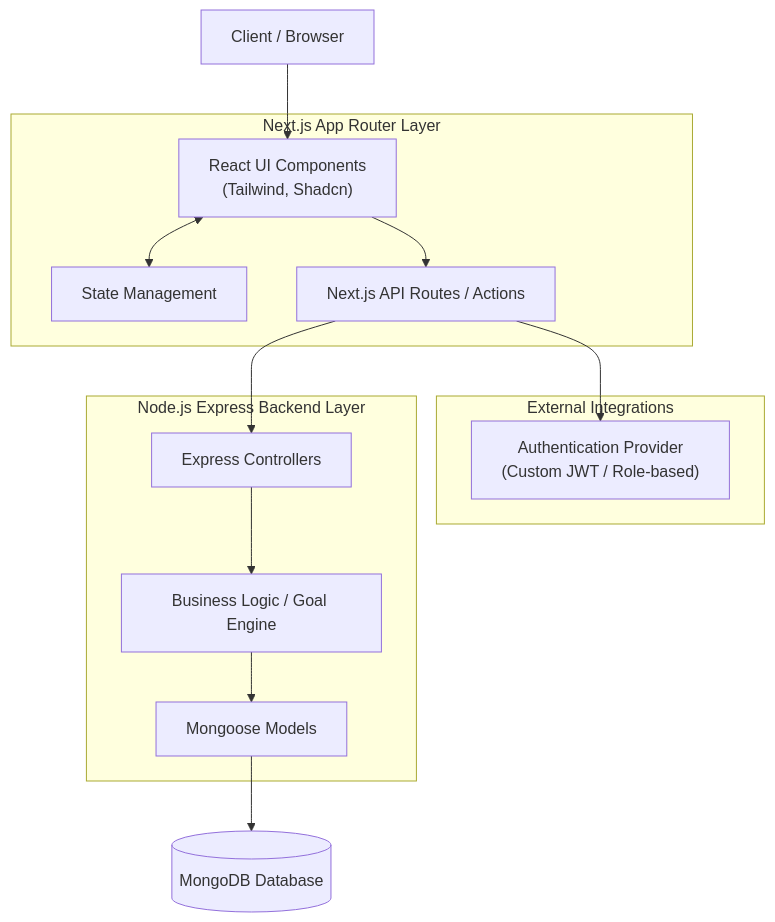
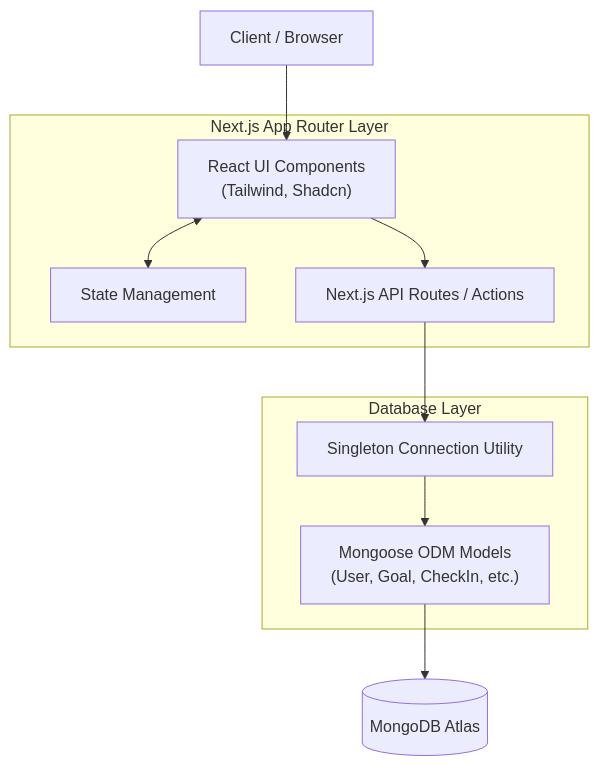
Before and after one commit to ishanrt119/atomquest: the diagram in README.md, drawn with Mermaid. The commit also changed other lines of this file and 15 other files, not shown here.

````diff
--- a/README.md
+++ b/README.md
@@ -25,31 +25,24 @@
 ```mermaid
 graph TD
     Client["Client / Browser"]
     
     subgraph Frontend [Next.js App Router Layer]
         UI["React UI Components\n(Tailwind, Shadcn)"]
         State["State Management"]
         APIRoutes["Next.js API Routes / Actions"]
     end
     
-    subgraph ExternalServices [External Integrations]
-        Auth["Authentication Provider\n(Custom JWT / Role-based)"]
-    end
-
-    subgraph Backend [Node.js Express Backend Layer]
-        Controller["Express Controllers"]
-        Services["Business Logic / Goal Engine"]
-        Models["Mongoose Models"]
+    subgraph DataAccess [Database Layer]
+        Mongoose["Mongoose ODM Models\n(User, Goal, CheckIn, etc.)"]
+        Connection["Singleton Connection Utility"]
     end
     
-    DB[(MongoDB Database)]
+    DB[(MongoDB Atlas)]
 
     Client --> UI
     UI <--> State
     UI --> APIRoutes
-    APIRoutes --> Controller
-    Controller --> Services
-    Services --> Models
-    Models --> DB
-    APIRoutes --> Auth
+    APIRoutes --> Connection
+    Connection --> Mongoose
+    Mongoose --> DB
 ```
````
